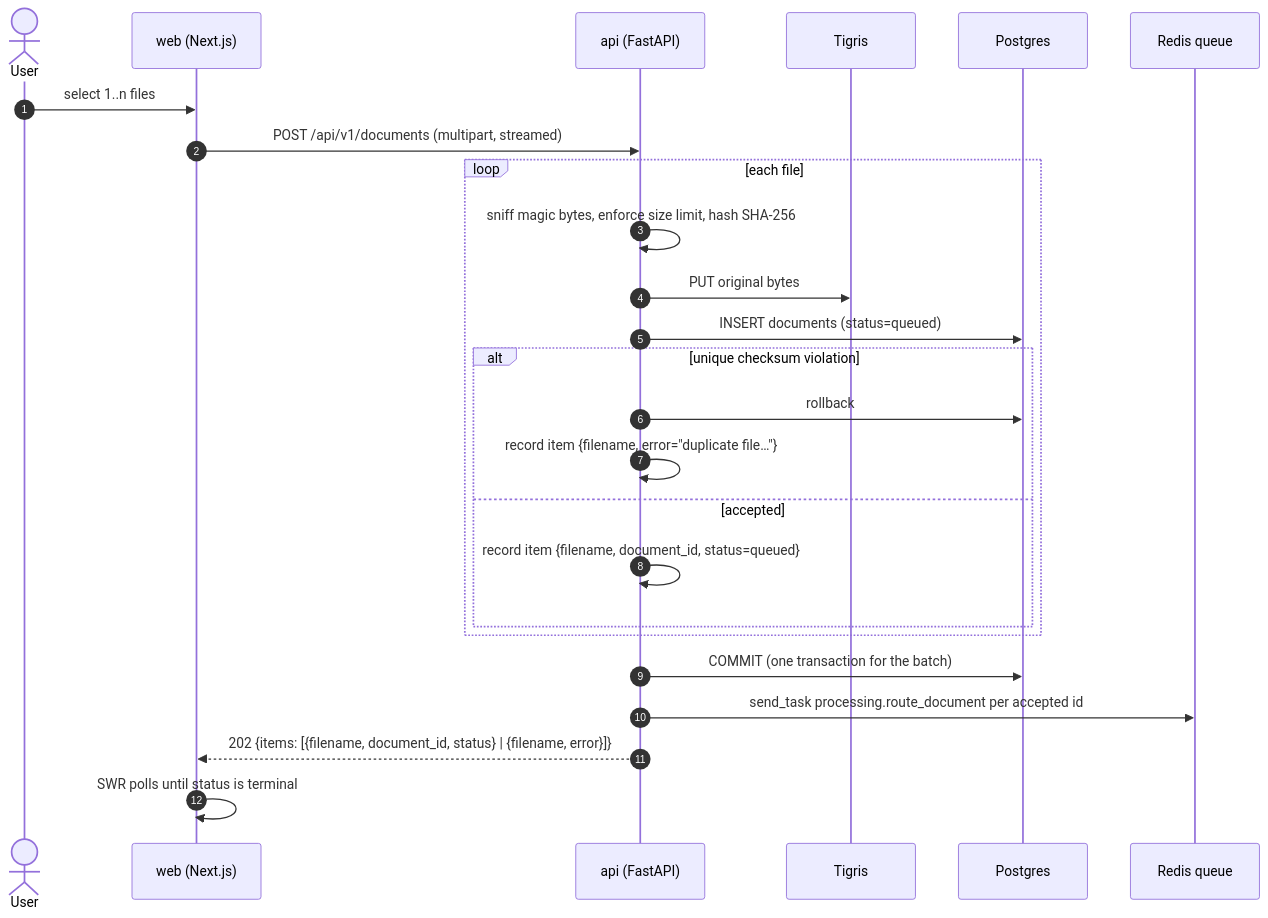
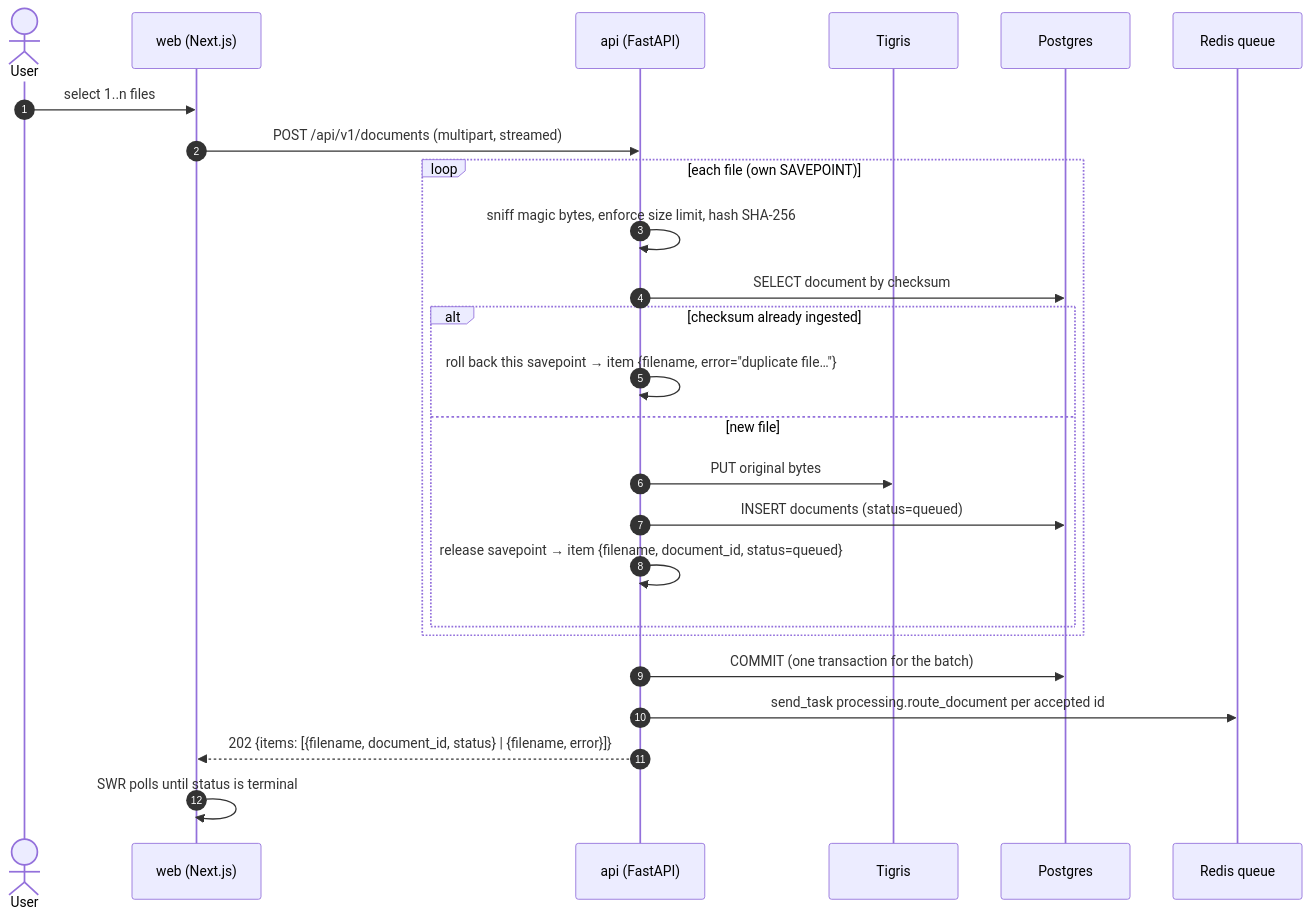
Before and after one commit to sysrecall/cgparse: the second of 5 diagrams in docs/architecture.md, drawn with Mermaid. The commit also changed other lines of this file and 1 other file, not shown here.

Commit message:
docs(repo): document per-file savepoints in the upload path
- architecture.md: upload sequence now shows the savepoint per file, the
  checksum pre-check, and cleanup when the unique-index race is lost
- ai_usage.md: test count 155 and the batch-upload bug added to the
  caught-and-fixed list

````diff
--- a/docs/architecture.md
+++ b/docs/architecture.md
@@ -100,28 +100,28 @@
 ```mermaid
 sequenceDiagram
     autonumber
     actor U as User
     participant W as web (Next.js)
     participant A as api (FastAPI)
     participant S as Tigris
     participant P as Postgres
     participant Q as Redis queue
 
     U->>W: select 1..n files
     W->>A: POST /api/v1/documents (multipart, streamed)
-    loop each file
+    loop each file (own SAVEPOINT)
         A->>A: sniff magic bytes, enforce size limit, hash SHA-256
-        A->>S: PUT original bytes
-        A->>P: INSERT documents (status=queued)
-        alt unique checksum violation
-            A->>P: rollback
-            A->>A: record item {filename, error="duplicate file…"}
-        else accepted
-            A->>A: record item {filename, document_id, status=queued}
+        A->>P: SELECT document by checksum
+        alt checksum already ingested
+            A->>A: roll back this savepoint → item {filename, error="duplicate file…"}
+        else new file
+            A->>S: PUT original bytes
+            A->>P: INSERT documents (status=queued)
+            A->>A: release savepoint → item {filename, document_id, status=queued}
         end
     end
     A->>P: COMMIT (one transaction for the batch)
     A->>Q: send_task processing.route_document per accepted id
     A-->>W: 202 {items: [{filename, document_id, status} | {filename, error}]}
     W->>W: SWR polls until status is terminal
 ```
````
